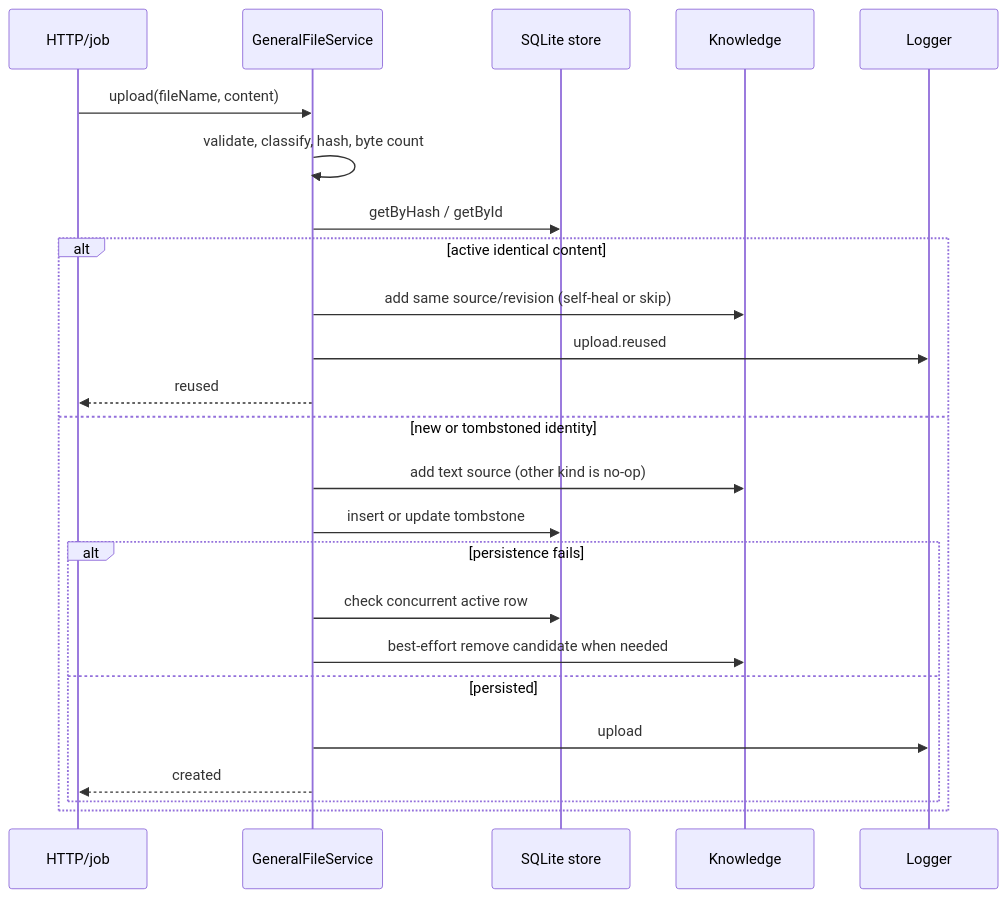
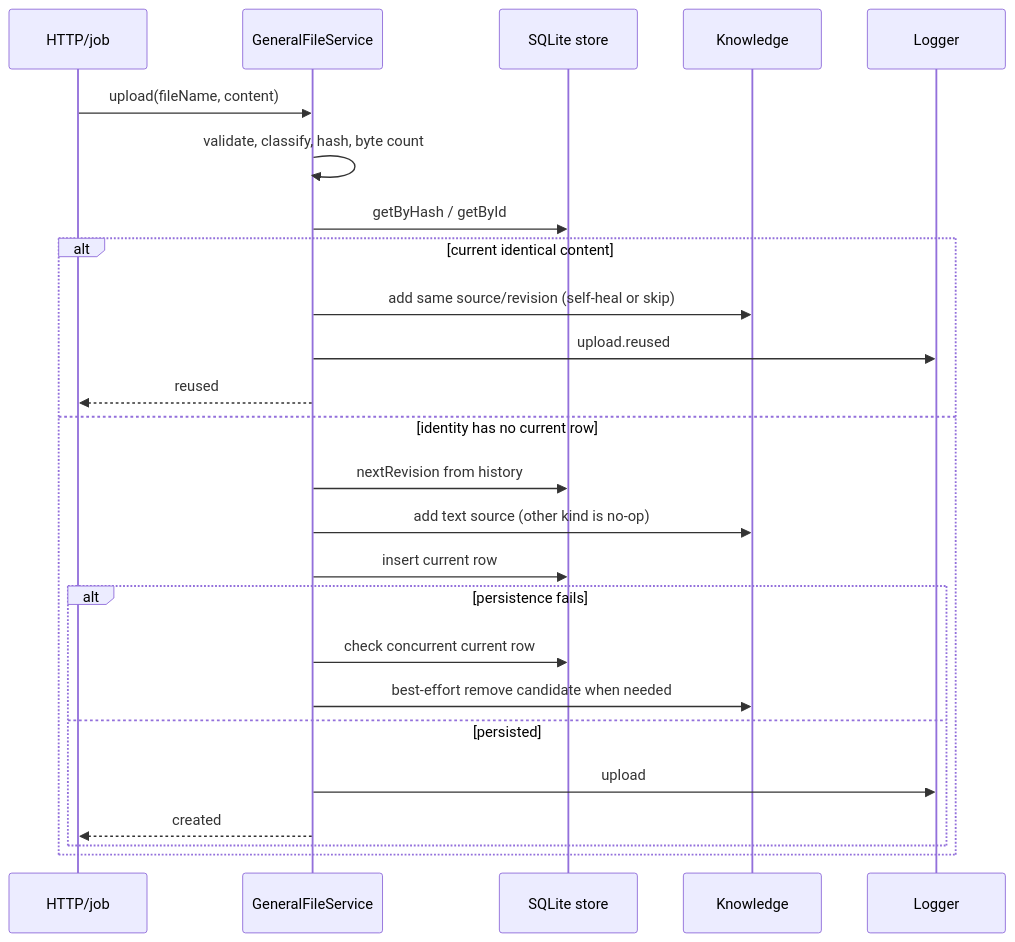
Before and after one commit to gccurtis/icarus: the first of 2 diagrams in apps/backend/src/3-capabilities/general-files/docs/flows.md, drawn with Mermaid. The commit also changed other lines of this file and 88 other files, not shown here.

````diff
--- a/apps/backend/src/3-capabilities/general-files/docs/flows.md
+++ b/apps/backend/src/3-capabilities/general-files/docs/flows.md
@@ -19,26 +22,27 @@
 ```mermaid
 sequenceDiagram
   participant H as HTTP/job
   participant G as GeneralFileService
   participant S as SQLite store
   participant K as Knowledge
   participant L as Logger
   H->>G: upload(fileName, content)
   G->>G: validate, classify, hash, byte count
   G->>S: getByHash / getById
-  alt active identical content
+  alt current identical content
     G->>K: add same source/revision (self-heal or skip)
     G->>L: upload.reused
     G-->>H: reused
-  else new or tombstoned identity
+  else identity has no current row
+    G->>S: nextRevision from history
     G->>K: add text source (other kind is no-op)
-    G->>S: insert or update tombstone
+    G->>S: insert current row
     alt persistence fails
-      G->>S: check concurrent active row
+      G->>S: check concurrent current row
       G->>K: best-effort remove candidate when needed
     else persisted
       G->>L: upload
       G-->>H: created
     end
   end
 ```
````
